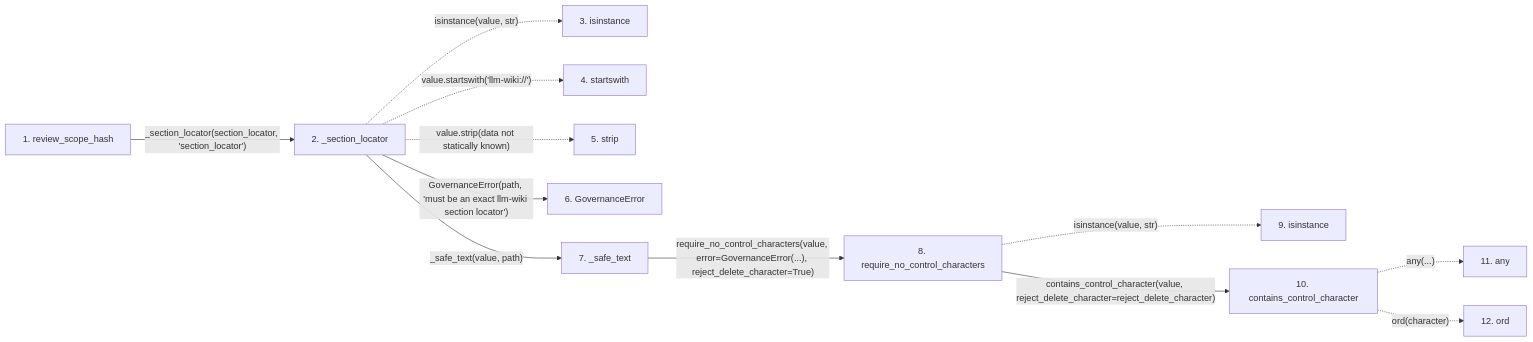
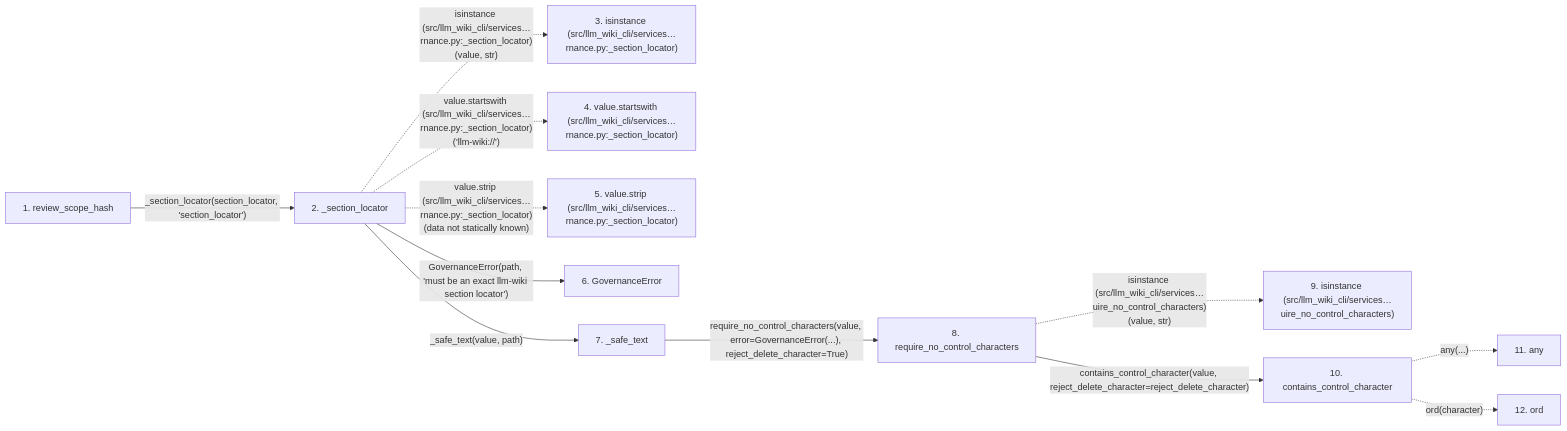
Before and after one commit to Denissvgn/python-wiki-llm: the second of 2 diagrams in docs/llm_wiki/flows/api-review_scope_hash.md, drawn with Mermaid. The commit also changed other lines of this file and 719 other files, not shown here.

````diff
--- a/docs/llm_wiki/flows/api-review_scope_hash.md
+++ b/docs/llm_wiki/flows/api-review_scope_hash.md
@@ -70,32 +77,32 @@
 ```mermaid
 flowchart LR
     s1["1. review_scope_hash"]
     s2["2. _section_locator"]
-    s3["3. isinstance"]
-    s4["4. startswith"]
-    s5["5. strip"]
+    s3["3. isinstance (src/llm_wiki_cli/services…rnance.py:_section_locator)"]
+    s4["4. value.startswith (src/llm_wiki_cli/services…rnance.py:_section_locator)"]
+    s5["5. value.strip (src/llm_wiki_cli/services…rnance.py:_section_locator)"]
     s6["6. GovernanceError"]
     s7["7. _safe_text"]
     s8["8. require_no_control_characters"]
-    s9["9. isinstance"]
+    s9["9. isinstance (src/llm_wiki_cli/services…uire_no_control_characters)"]
     s10["10. contains_control_character"]
     s11["11. any"]
     s12["12. ord"]
     s1 -->|"_section_locator(section_locator, 'section_locator')"| s2
-    s2 -. "isinstance(value, str)" .-> s3
-    s2 -. "value.startswith('llm-wiki://')" .-> s4
-    s2 -. "value.strip(data not statically known)" .-> s5
+    s2 -. "isinstance (src/llm_wiki_cli/services…rnance.py:_section_locator)(value, str)" .-> s3
+    s2 -. "value.startswith (src/llm_wiki_cli/services…rnance.py:_section_locator)('llm-wiki://')" .-> s4
+    s2 -. "value.strip (src/llm_wiki_cli/services…rnance.py:_section_locator)(data not statically known)" .-> s5
     s2 -->|"GovernanceError(path, 'must be an exact llm-wiki section locator')"| s6
     s2 -->|"_safe_text(value, path)"| s7
     s7 -->|"require_no_control_characters(value, error=GovernanceError(...), reject_delete_character=True)"| s8
-    s8 -. "isinstance(value, str)" .-> s9
+    s8 -. "isinstance (src/llm_wiki_cli/services…uire_no_control_characters)(value, str)" .-> s9
     s8 -->|"contains_control_character(value, reject_delete_character=reject_delete_character)"| s10
     s10 -. "any(...)" .-> s11
     s10 -. "ord(character)" .-> s12
     click s1 "../modules/knowledge_governance.md"
     click s2 "../modules/knowledge_governance.md"
     click s6 "../modules/knowledge_governance.md"
     click s7 "../modules/knowledge_governance.md"
     click s8 "../modules/validation.md"
     click s10 "../modules/validation.md"
 ```
````
